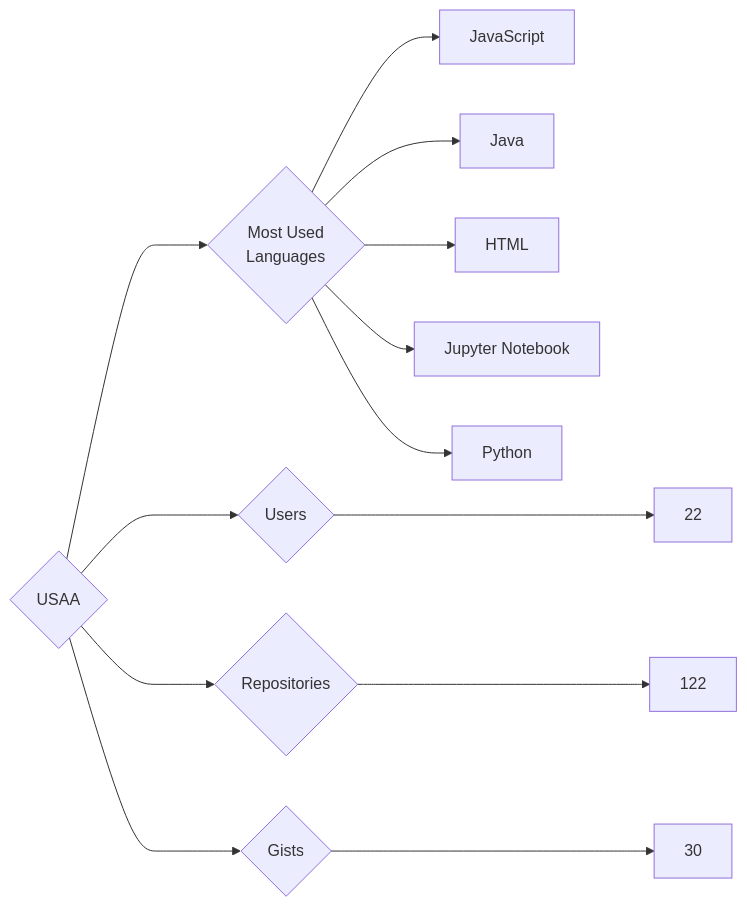
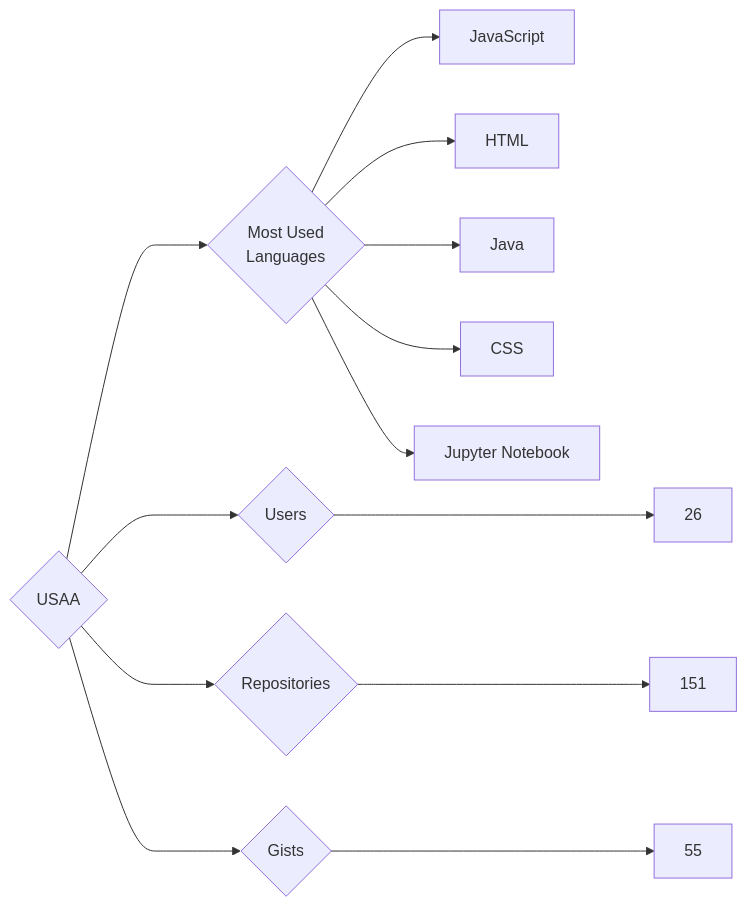
One commit to trickest/insiders changed the diagram in targets/USAA/README.md. Above: the diagram before and after it, drawn with Mermaid. The commit also changed 964 other files, not shown here.

````diff
--- a/targets/USAA/README.md
+++ b/targets/USAA/README.md
@@ -3,13 +3,13 @@
 ```mermaid
 graph LR
 COMPANY_NAME{USAA}
-COMPANY_NAME ---> U{Users} ---> UN[22]
-COMPANY_NAME ---> R{Repositories} ---> RN[122]
-COMPANY_NAME ---> G{Gists} ---> GN[30]
+COMPANY_NAME ---> U{Users} ---> UN[26]
+COMPANY_NAME ---> R{Repositories} ---> RN[151]
+COMPANY_NAME ---> G{Gists} ---> GN[55]
 COMPANY_NAME ---> ML{Most Used<br>Languages}
 ML --> JavaScript[JavaScript]
+ML --> HTML[HTML]
 ML --> Java[Java]
-ML --> HTML[HTML]
+ML --> CSS[CSS]
 ML --> Jupyter_Notebook[Jupyter Notebook]
-ML --> Python[Python]
 ```
````
